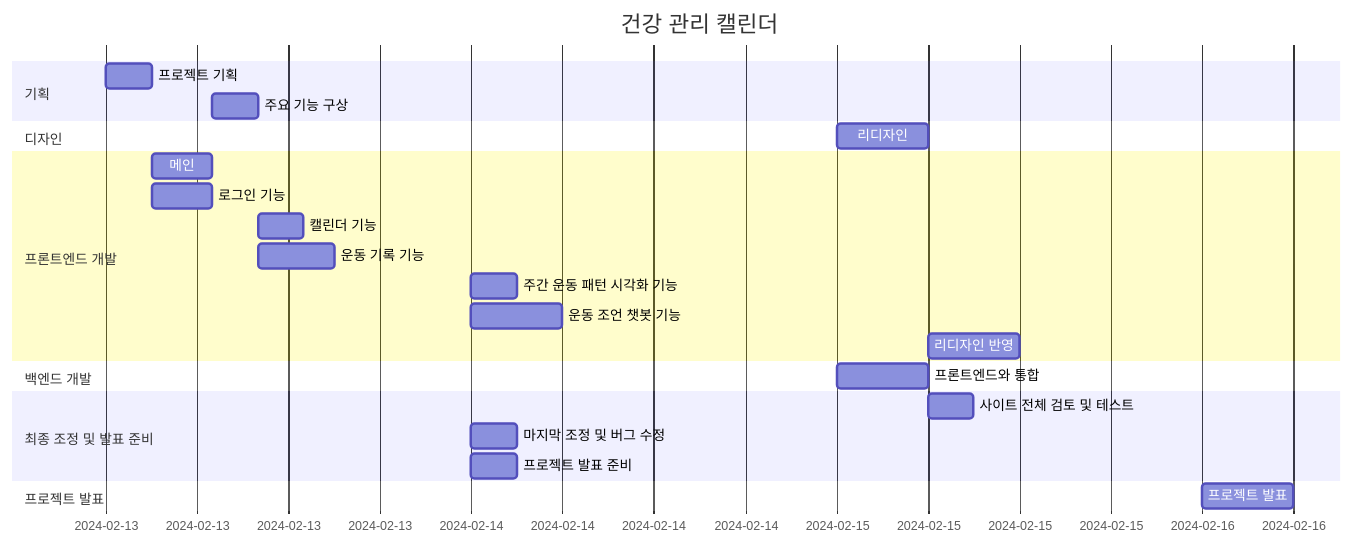
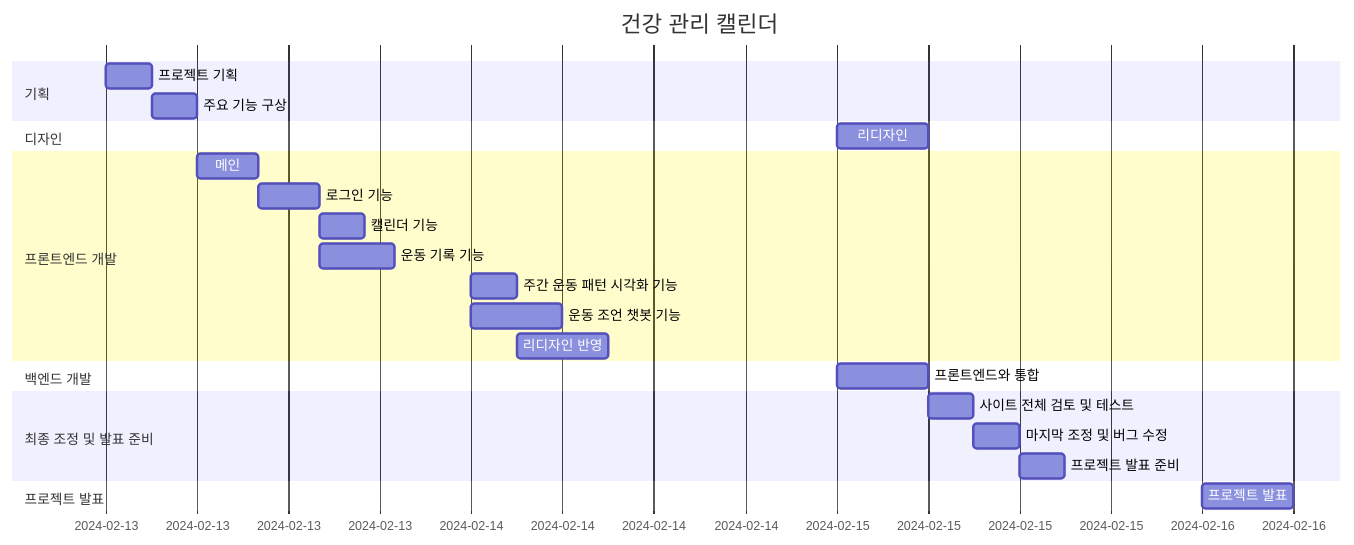
The diagram in README.md (alsrb6013/project_1), drawn with Mermaid before and after one commit.

Commit message:
WBS 수정본 업데이트

````diff
--- a/README.md
+++ b/README.md
@@ -7,32 +7,32 @@
 ```mermaid
 gantt
     dateFormat  YYYY-MM-DD
     title       건강 관리 캘린더
 
     section 기획
-    프로젝트 기획                    :          des1, 2024-02-13, 3h
-    주요 기능 구상                   :          des2, after des7, 3h
+    프로젝트 기획                    :          cal1, 2024-02-13, 3h
+    주요 기능 구상                   :          cal2, after cal1, 3h
 
     section 디자인
-    리디자인                         :          des4, 2024-02-15, 6h
+    리디자인                         :          cal3, 2024-02-15, 6h
 
     section 프론트엔드 개발
-    메인                             :         des7, after des1, 4h
-    로그인 기능                       :         des8, after des1, 4h
-    캘린더 기능                       :         des9, after des2, 3h
-    운동 기록 기능                    :         des10, after des2, 5h
-    주간 운동 패턴 시각화 기능         :         des11, 2024-02-14, 3h
-    운동 조언 챗봇 기능               :         des12, 2024-02-14, 6h
-    리디자인 반영                     :         des13, after des4, 6h
+    메인                             :         cal4, after cal2, 4h
+    로그인 기능                       :         cal5, after cal4, 4h
+    캘린더 기능                       :         cal6, after cal5, 3h
+    운동 기록 기능                    :         cal7, after cal5, 5h
+    주간 운동 패턴 시각화 기능         :         cal8, 2024-02-14, 3h
+    운동 조언 챗봇 기능               :         cal9, 2024-02-14, 6h
+    리디자인 반영                     :         cal10, after cal8, 6h
 
     section 백엔드 개발
-    프론트엔드와 통합                 :          des13, 2024-02-15, 6h
+    프론트엔드와 통합                 :          cal11, 2024-02-15, 6h
 
     section 최종 조정 및 발표 준비
-    사이트 전체 검토 및 테스트        :         a1, after des13, 3h
-    마지막 조정 및 버그 수정          :         a1, after des14, 3h
-    프로젝트 발표 준비                :         a1, after des15, 3h
+    사이트 전체 검토 및 테스트        :         cal12, after cal11, 3h
+    마지막 조정 및 버그 수정          :         cal13, after cal12, 3h
+    프로젝트 발표 준비                :         cal14, after cal13, 3h
 
     section 프로젝트 발표
     프로젝트 발표                     :         a1, 2024-02-16, 6h
 ```
````
